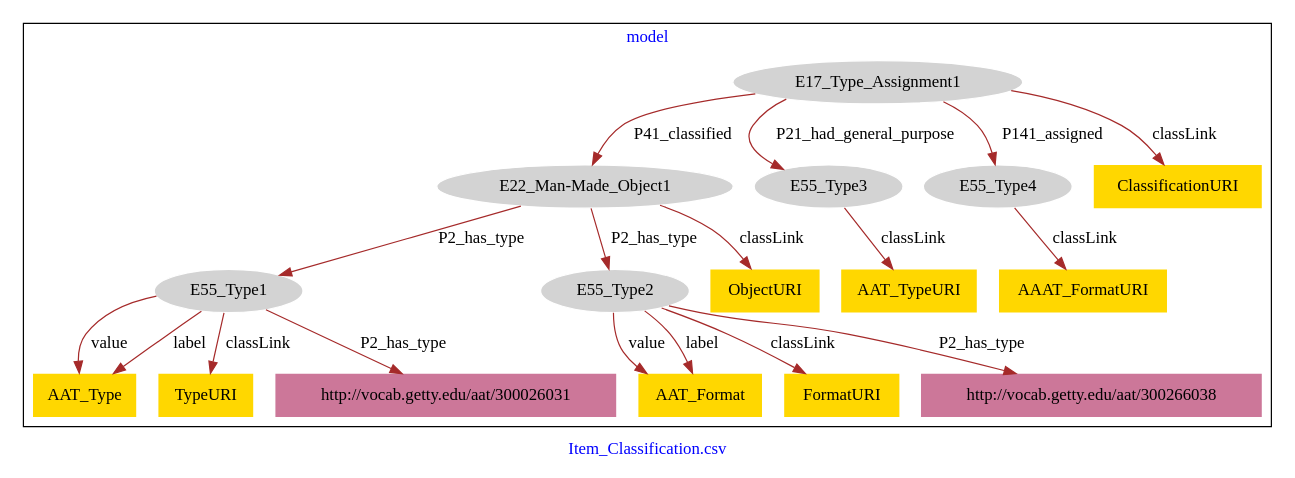
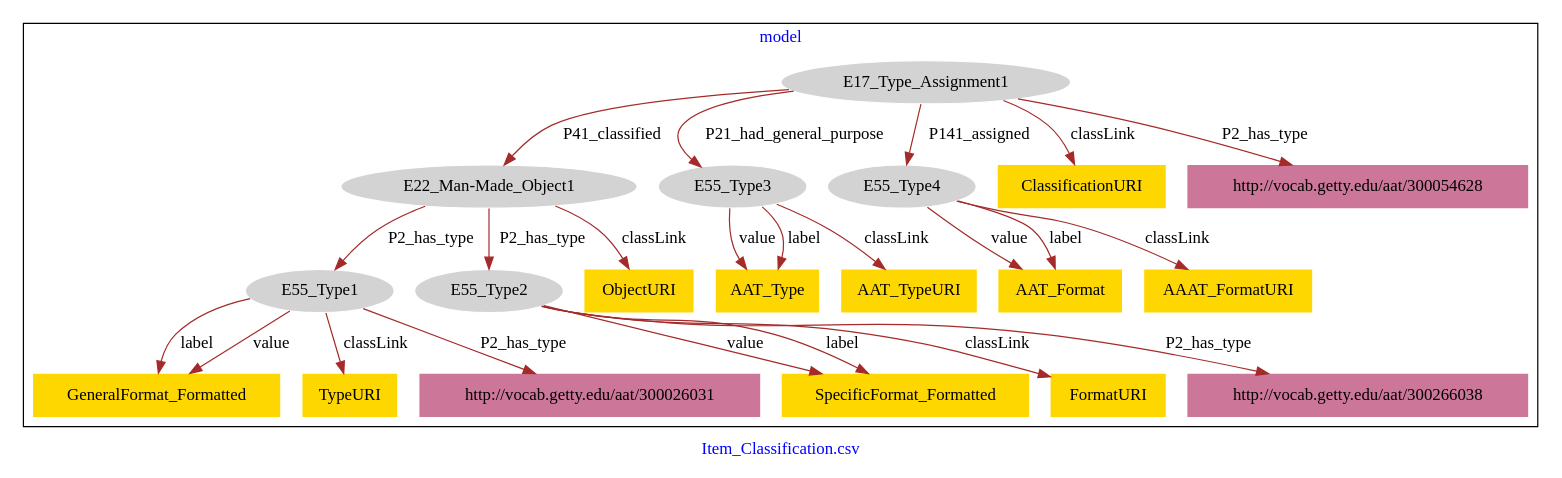
One commit to american-art/aaa changed the diagram in Item_Classification/Item_Classification-model.dot. Above: the diagram before and after it, drawn with Graphviz.

Commit message:
Update file Item_Classification-model.dot

```diff
--- a/Item_Classification/Item_Classification-model.dot
+++ b/Item_Classification/Item_Classification-model.dot
@@ -1,41 +1,49 @@
 digraph n0 {
 fontcolor="blue"
 remincross="true"
 label="Item_Classification.csv"
 subgraph cluster {
 label="model"
 n2[style="filled",color="white",fillcolor="lightgray",label="E17_Type_Assignment1"];
 n3[style="filled",color="white",fillcolor="lightgray",label="E22_Man-Made_Object1"];
 n4[style="filled",color="white",fillcolor="lightgray",label="E55_Type3"];
 n5[style="filled",color="white",fillcolor="lightgray",label="E55_Type4"];
 n6[style="filled",color="white",fillcolor="lightgray",label="E55_Type1"];
 n7[style="filled",color="white",fillcolor="lightgray",label="E55_Type2"];
-n8[shape="plaintext",style="filled",fillcolor="gold",label="AAT_Format"];
-n9[shape="plaintext",style="filled",fillcolor="gold",label="ObjectURI"];
-n10[shape="plaintext",style="filled",fillcolor="gold",label="ClassificationURI"];
-n11[shape="plaintext",style="filled",fillcolor="gold",label="AAT_Type"];
+n8[shape="plaintext",style="filled",fillcolor="gold",label="AAT_Type"];
+n9[shape="plaintext",style="filled",fillcolor="gold",label="SpecificFormat_Formatted"];
+n10[shape="plaintext",style="filled",fillcolor="gold",label="AAT_Format"];
+n11[shape="plaintext",style="filled",fillcolor="gold",label="ObjectURI"];
 n12[shape="plaintext",style="filled",fillcolor="gold",label="FormatURI"];
-n13[shape="plaintext",style="filled",fillcolor="gold",label="AAT_TypeURI"];
-n14[shape="plaintext",style="filled",fillcolor="gold",label="AAAT_FormatURI"];
-n15[shape="plaintext",style="filled",fillcolor="gold",label="TypeURI"];
-n16[shape="plaintext",style="filled",fillcolor="#CC7799",label="http://vocab.getty.edu/aat/300026031"];
-n17[shape="plaintext",style="filled",fillcolor="#CC7799",label="http://vocab.getty.edu/aat/300266038"];
+n13[shape="plaintext",style="filled",fillcolor="gold",label="GeneralFormat_Formatted"];
+n14[shape="plaintext",style="filled",fillcolor="gold",label="TypeURI"];
+n15[shape="plaintext",style="filled",fillcolor="gold",label="AAAT_FormatURI"];
+n16[shape="plaintext",style="filled",fillcolor="gold",label="AAT_TypeURI"];
+n17[shape="plaintext",style="filled",fillcolor="gold",label="ClassificationURI"];
+n18[shape="plaintext",style="filled",fillcolor="#CC7799",label="http://vocab.getty.edu/aat/300054628"];
+n19[shape="plaintext",style="filled",fillcolor="#CC7799",label="http://vocab.getty.edu/aat/300026031"];
+n20[shape="plaintext",style="filled",fillcolor="#CC7799",label="http://vocab.getty.edu/aat/300266038"];
 }
 n2 -> n3[color="brown",fontcolor="black",label="P41_classified"]
 n2 -> n4[color="brown",fontcolor="black",label="P21_had_general_purpose"]
 n2 -> n5[color="brown",fontcolor="black",label="P141_assigned"]
 n3 -> n6[color="brown",fontcolor="black",label="P2_has_type"]
 n3 -> n7[color="brown",fontcolor="black",label="P2_has_type"]
-n7 -> n8[color="brown",fontcolor="black",label="value"]
-n3 -> n9[color="brown",fontcolor="black",label="classLink"]
-n2 -> n10[color="brown",fontcolor="black",label="classLink"]
-n6 -> n11[color="brown",fontcolor="black",label="value"]
+n4 -> n8[color="brown",fontcolor="black",label="value"]
+n7 -> n9[color="brown",fontcolor="black",label="value"]
+n5 -> n10[color="brown",fontcolor="black",label="value"]
+n3 -> n11[color="brown",fontcolor="black",label="classLink"]
 n7 -> n12[color="brown",fontcolor="black",label="classLink"]
-n4 -> n13[color="brown",fontcolor="black",label="classLink"]
-n5 -> n14[color="brown",fontcolor="black",label="classLink"]
-n6 -> n15[color="brown",fontcolor="black",label="classLink"]
-n6 -> n11[color="brown",fontcolor="black",label="label"]
-n7 -> n8[color="brown",fontcolor="black",label="label"]
-n6 -> n16[color="brown",fontcolor="black",label="P2_has_type"]
-n7 -> n17[color="brown",fontcolor="black",label="P2_has_type"]
+n6 -> n13[color="brown",fontcolor="black",label="label"]
+n6 -> n14[color="brown",fontcolor="black",label="classLink"]
+n5 -> n15[color="brown",fontcolor="black",label="classLink"]
+n4 -> n16[color="brown",fontcolor="black",label="classLink"]
+n2 -> n17[color="brown",fontcolor="black",label="classLink"]
+n5 -> n10[color="brown",fontcolor="black",label="label"]
+n2 -> n18[color="brown",fontcolor="black",label="P2_has_type"]
+n7 -> n9[color="brown",fontcolor="black",label="label"]
+n4 -> n8[color="brown",fontcolor="black",label="label"]
+n6 -> n19[color="brown",fontcolor="black",label="P2_has_type"]
+n6 -> n13[color="brown",fontcolor="black",label="value"]
+n7 -> n20[color="brown",fontcolor="black",label="P2_has_type"]
 }
```
